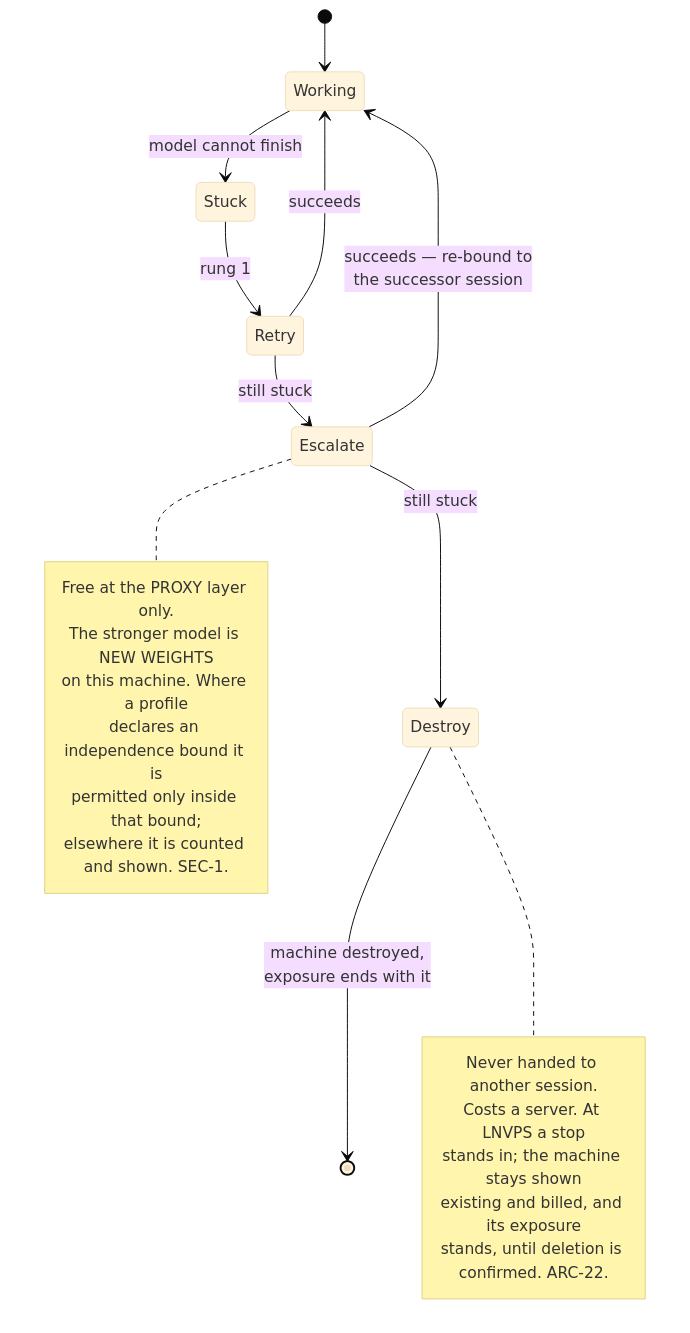
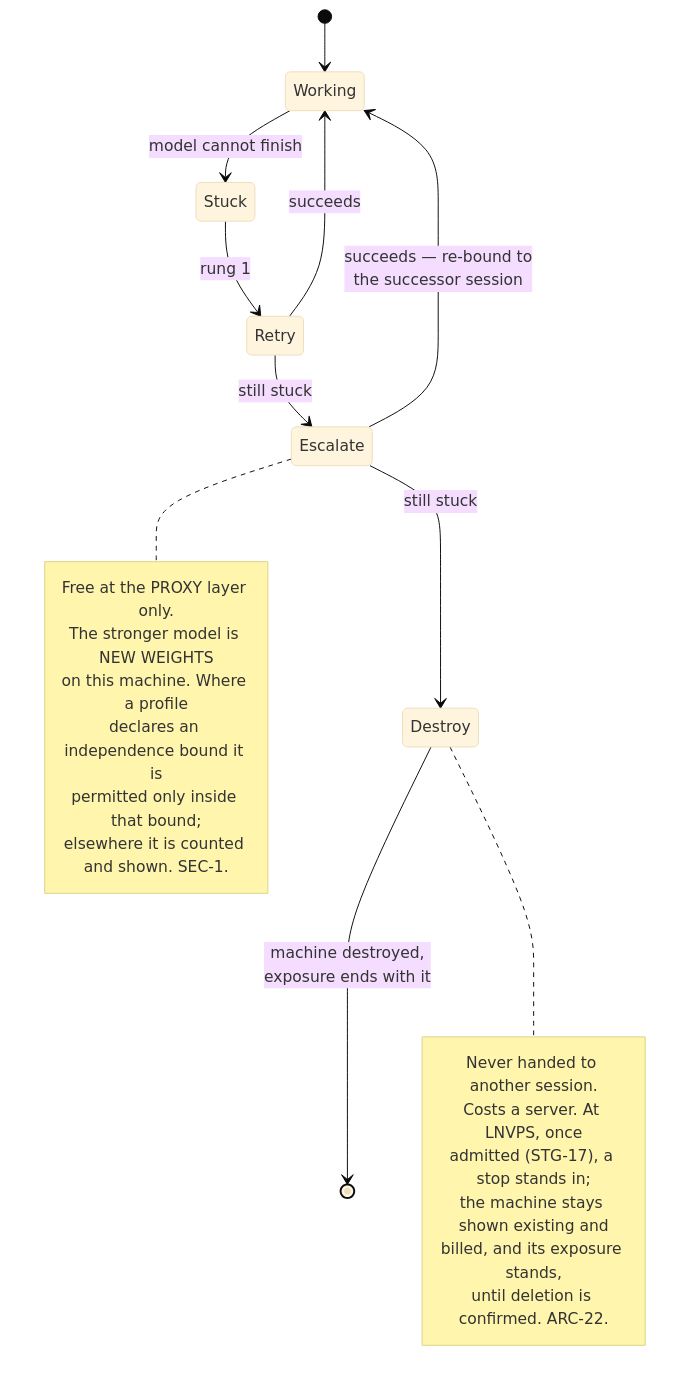
The third of 3 diagrams in 01-architecture.md (douglaz/tau-web-spec), drawn with Mermaid (base theme) before and after one commit. The commit also changed other lines of this file and 4 other files, not shown here.

First line of the commit message:
fix(spec): key each deletion-check use on its stopping flow and name the open confirming read (tw-ae7, tw-txp)

````diff
--- a/01-architecture.md
+++ b/01-architecture.md
@@ -763,26 +765,27 @@
 ```mermaid
 stateDiagram-v2
     [*] --> Working
     Working --> Stuck: model cannot finish
     Stuck --> Retry: rung 1
     Retry --> Working: succeeds
     Retry --> Escalate: still stuck
     Escalate --> Working: succeeds — re-bound to<br/>the successor session
     note right of Escalate
         Free at the PROXY layer only.
         The stronger model is NEW WEIGHTS
         on this machine. Where a profile
         declares an independence bound it is
         permitted only inside that bound;
         elsewhere it is counted and shown. SEC-1.
     end note
     Escalate --> Destroy: still stuck
     Destroy --> [*]: machine destroyed,<br/>exposure ends with it
     note right of Destroy
         Never handed to another session.
-        Costs a server. At LNVPS a stop
-        stands in; the machine stays shown
-        existing and billed, and its exposure
-        stands, until deletion is confirmed. ARC-22.
+        Costs a server. At LNVPS, once
+        admitted (STG-17), a stop stands in;
+        the machine stays shown existing and
+        billed, and its exposure stands,
+        until deletion is confirmed. ARC-22.
     end note
 ```
````
